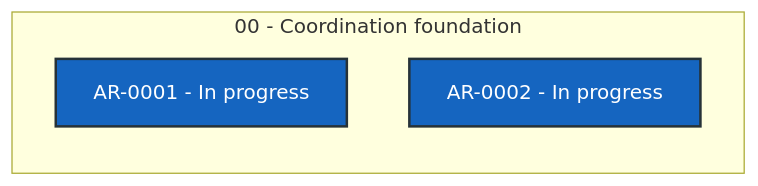
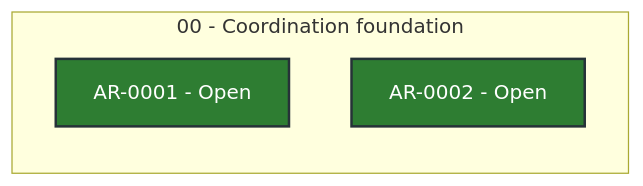
The diagram in STATUS.md (martin-beck/asb-tui-state), drawn with Mermaid before and after one commit. The commit also changed other lines of this file and 3 other files, not shown here.

````diff
--- a/STATUS.md
+++ b/STATUS.md
@@ -27,16 +27,16 @@
 ```mermaid
 flowchart LR
     subgraph series_00["00 - Coordination foundation"]
         direction TB
-        AR_0001["AR-0001 - In progress"]:::status_in_progress
-        AR_0002["AR-0002 - In progress"]:::status_in_progress
+        AR_0001["AR-0001 - Open"]:::status_open
+        AR_0002["AR-0002 - Open"]:::status_open
     end
     classDef status_in_progress fill:#1565c0,color:#ffffff,stroke:#263238,stroke-width:2px
     classDef status_open fill:#2e7d32,color:#ffffff,stroke:#263238,stroke-width:2px
     classDef status_blocked fill:#c62828,color:#ffffff,stroke:#263238,stroke-width:2px
     classDef status_planned fill:#6a1b9a,color:#ffffff,stroke:#263238,stroke-width:2px
     classDef status_future fill:#455a64,color:#ffffff,stroke:#263238,stroke-width:2px
     classDef status_done fill:#00695c,color:#ffffff,stroke:#263238,stroke-width:2px
     classDef status_cancelled fill:#616161,color:#ffffff,stroke:#263238,stroke-width:2px
     classDef status_superseded fill:#5d4037,color:#ffffff,stroke:#263238,stroke-width:2px
 ```
````
